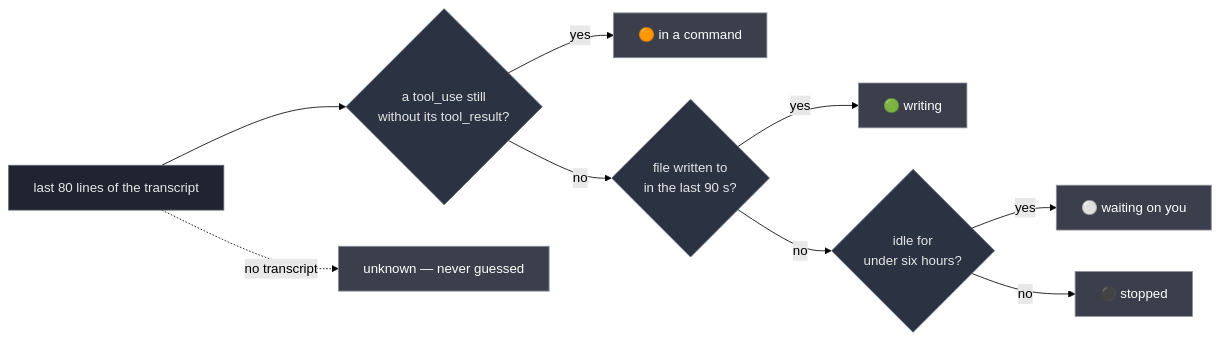
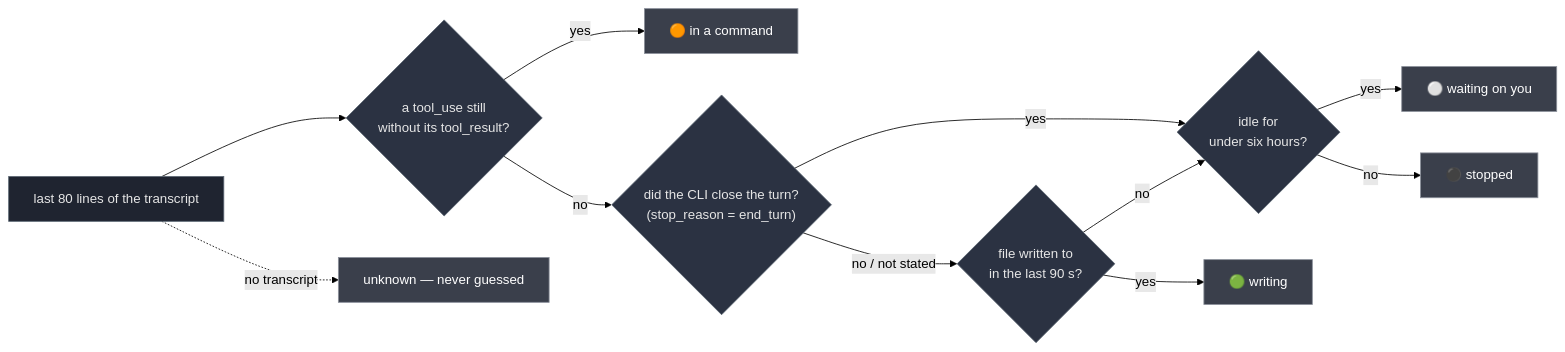
Before and after one commit to ElRaxy/sereno: the diagram in README.md, drawn with Mermaid (forest theme). The commit also changed other lines of this file and 5 other files, not shown here.

````diff
--- a/README.md
+++ b/README.md
@@ -89,18 +97,20 @@
 ```mermaid
 flowchart LR
     T["last 80 lines of the transcript"] --> A{"a tool_use still<br>without its tool_result?"}
     A -->|yes| S1["🟠 in a command"]
-    A -->|no| B{"file written to<br>in the last 90 s?"}
+    A -->|no| D{"did the CLI close the turn?<br>(stop_reason = end_turn)"}
+    D -->|yes| C
+    D -->|"no / not stated"| B{"file written to<br>in the last 90 s?"}
     B -->|yes| S2["🟢 writing"]
     B -->|no| C{"idle for<br>under six hours?"}
     C -->|yes| S3["⚪ waiting on you"]
     C -->|no| S4["⚫ stopped"]
     T -.->|"no transcript"| S5["unknown — never guessed"]
 
     classDef fact fill:#1f2430,stroke:#5c6773,color:#e6e6e6
     classDef ask fill:#2b3242,stroke:#5c6773,color:#e6e6e6
     classDef out fill:#3a3f4b,stroke:#8a8f99,color:#ffffff
     class T fact
-    class A,B,C ask
+    class A,B,C,D ask
     class S1,S2,S3,S4,S5 out
 ```
````
